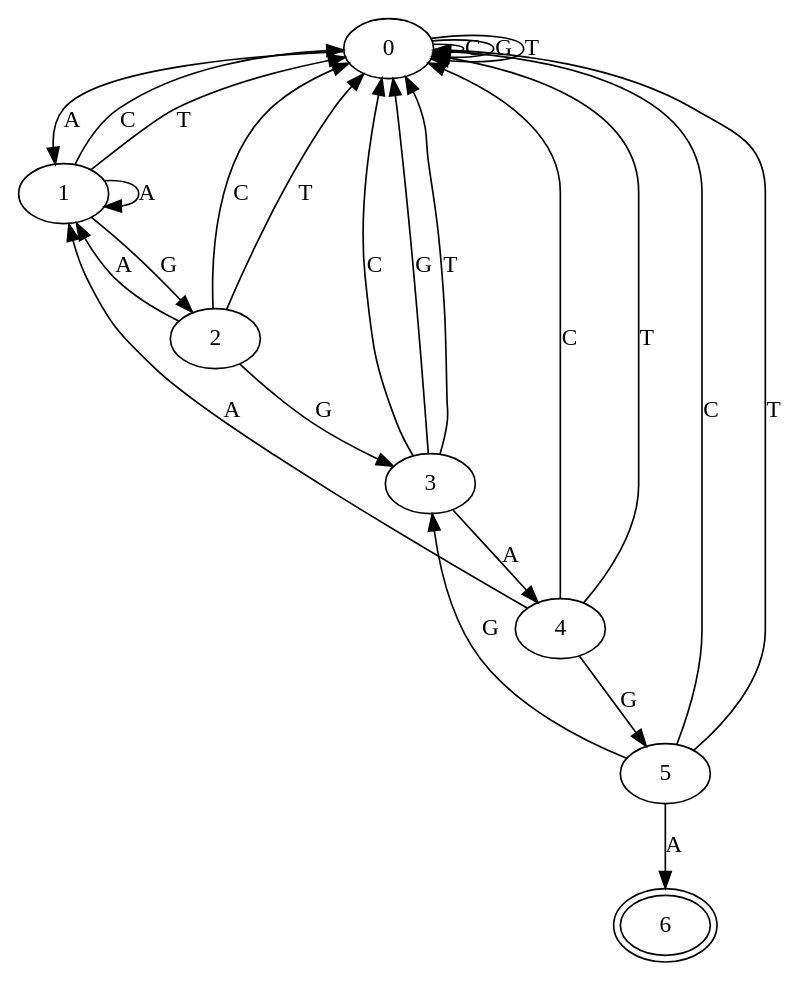
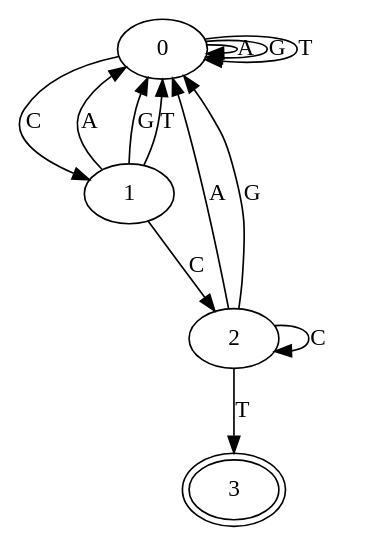
One commit to akira-nair/csci1810-project2 changed the diagram in out.dot. Above: the diagram before and after it, drawn with Graphviz. The commit also changed 4 other files, not shown here.

```diff
--- a/out.dot
+++ b/out.dot
@@ -1,27 +1,15 @@
 digraph dfa {
-	0 -> 1 [label = "A"]
-	1 -> 2 [label = "G"]
-	2 -> 3 [label = "G"]
-	3 -> 4 [label = "A"]
-	4 -> 5 [label = "G"]
-	5 -> 6 [label = "A"]
-	0 -> 0 [label = "C"]
+	0 -> 1 [label = "C"]
+	1 -> 2 [label = "C"]
+	2 -> 3 [label = "T"]
+	0 -> 0 [label = "A"]
 	0 -> 0 [label = "G"]
 	0 -> 0 [label = "T"]
-	1 -> 1 [label = "A"]
-	1 -> 0 [label = "C"]
+	1 -> 0 [label = "A"]
+	1 -> 0 [label = "G"]
 	1 -> 0 [label = "T"]
-	2 -> 1 [label = "A"]
-	2 -> 0 [label = "C"]
-	2 -> 0 [label = "T"]
-	3 -> 0 [label = "C"]
-	3 -> 0 [label = "G"]
-	3 -> 0 [label = "T"]
-	4 -> 1 [label = "A"]
-	4 -> 0 [label = "C"]
-	4 -> 0 [label = "T"]
-	5 -> 0 [label = "C"]
-	5 -> 3 [label = "G"]
-	5 -> 0 [label = "T"]
-	6[peripheries = 2]
+	2 -> 0 [label = "A"]
+	2 -> 2 [label = "C"]
+	2 -> 0 [label = "G"]
+	3[peripheries = 2]
 }
```
